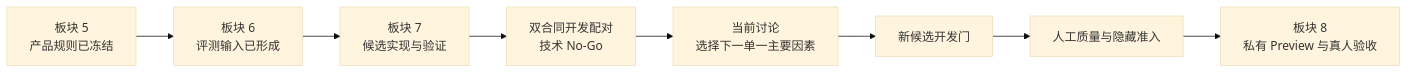
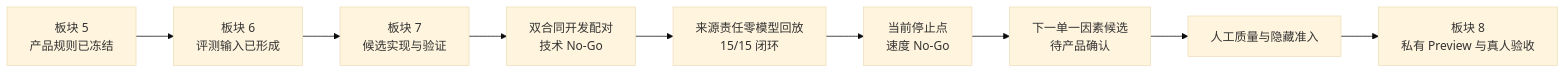
The diagram in docs/plans/2026-08-13-gi088-board7-next-session-handoff.md (ZouZhiJie-code/happiness-system), drawn with Mermaid (base theme) before and after one commit. The commit also changed other lines of this file and 13 other files, not shown here.

````diff
--- a/docs/plans/2026-08-13-gi088-board7-next-session-handoff.md
+++ b/docs/plans/2026-08-13-gi088-board7-next-session-handoff.md
@@ -21,10 +41,11 @@
 ```mermaid
 flowchart LR
     A["板块 5<br/>产品规则已冻结"] --> B["板块 6<br/>评测输入已形成"]
     B --> C["板块 7<br/>候选实现与验证"]
     C --> D["双合同开发配对<br/>技术 No-Go"]
-    D --> E["当前讨论<br/>选择下一单一主要因素"]
-    E --> F["新候选开发门"]
-    F --> G["人工质量与隐藏准入"]
+    D --> E["来源责任零模型回放<br/>15/15 闭环"]
+    E --> F["当前停止点<br/>速度 No-Go"]
+    F --> X["下一单一因素候选<br/>待产品确认"]
+    X --> G["人工质量与隐藏准入"]
     G --> H["板块 8<br/>私有 Preview 与真人验收"]
 ```
````
